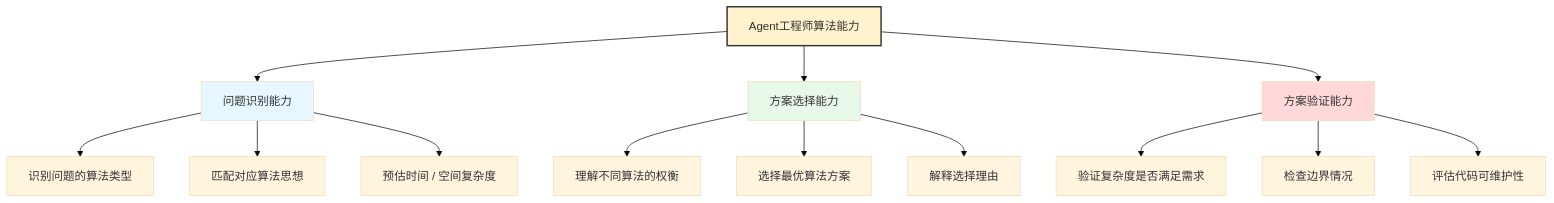
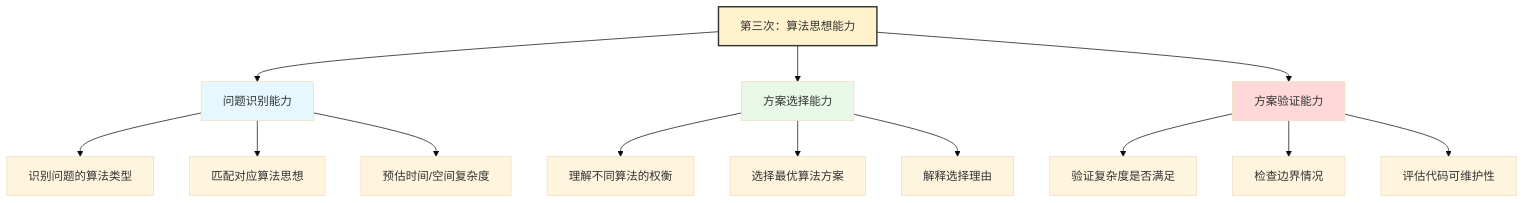
Before and after one commit to microwind/algorithms: diagram 11 of 15 in start-here/AI-Era-Programmers-as-Agent-Engineers.md, drawn with Mermaid (base theme). The commit also changed other lines of this file and 1 other file, not shown here.

````diff
--- a/start-here/AI-Era-Programmers-as-Agent-Engineers.md
+++ b/start-here/AI-Era-Programmers-as-Agent-Engineers.md
@@ -461,25 +508,25 @@
 ```mermaid
 graph TD
-    A["Agent工程师算法能力"]
+    A["第三次：算法思想能力"]
 
     A --> B["问题识别能力"]
     A --> C["方案选择能力"]
     A --> D["方案验证能力"]
 
     B --> B1["识别问题的算法类型"]
     B --> B2["匹配对应算法思想"]
-    B --> B3["预估时间 / 空间复杂度"]
+    B --> B3["预估时间/空间复杂度"]
 
     C --> C1["理解不同算法的权衡"]
     C --> C2["选择最优算法方案"]
     C --> C3["解释选择理由"]
 
-    D --> D1["验证复杂度是否满足需求"]
+    D --> D1["验证复杂度是否满足"]
     D --> D2["检查边界情况"]
     D --> D3["评估代码可维护性"]
 
     style A fill:#FFF2CC,stroke:#333,stroke-width:2px
     style B fill:#E6F7FF
     style C fill:#E8F8E8
     style D fill:#FFD9D9
 ```
````
